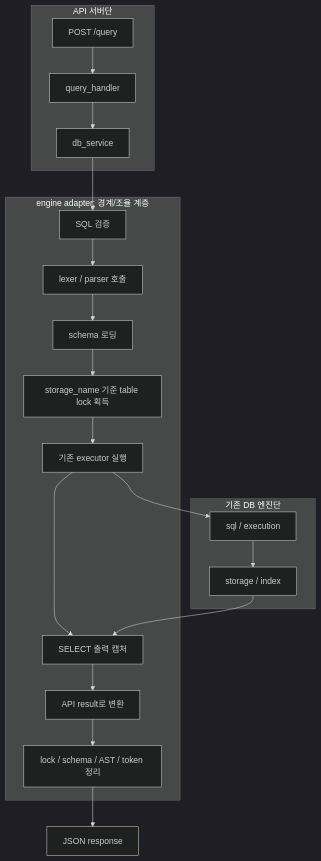
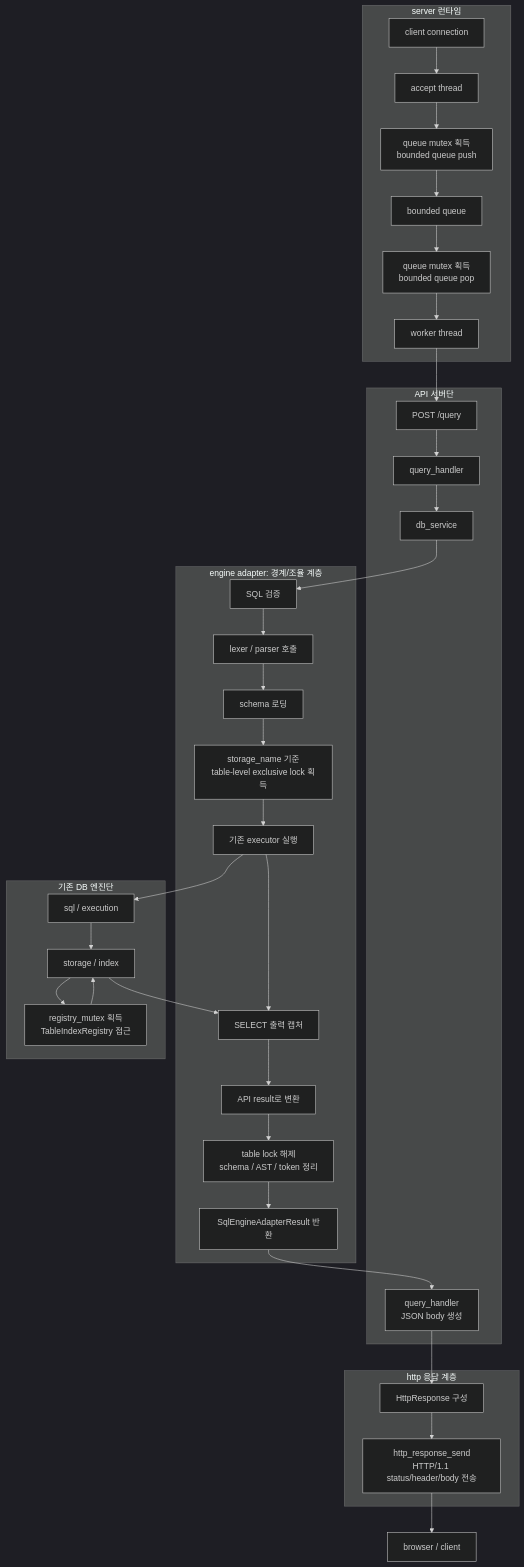
Before and after one commit to Jungle-12-303/week8-team5-db-api: the diagram in README.md, drawn with Mermaid (dark theme). The commit also changed other lines of this file, not shown here.

Commit message:
docs: clarify synchronization and response flow

````diff
--- a/README.md
+++ b/README.md
@@ -72,28 +72,50 @@
 ```mermaid
 flowchart TD
+    subgraph Server["server 런타임"]
+        C["client connection"] --> AC["accept thread"]
+        AC --> QP["queue mutex 획득<br/>bounded queue push"]
+        QP --> BQ["bounded queue"]
+        BQ --> QO["queue mutex 획득<br/>bounded queue pop"]
+        QO --> W["worker thread"]
+    end
+
     subgraph API["API 서버단"]
-        Q["POST /query"] --> H["query_handler"]
+        W --> Q["POST /query"]
+        Q --> H["query_handler"]
         H --> S["db_service"]
+        S2["query_handler<br/>JSON body 생성"]
     end
 
     subgraph Adapter["engine adapter: 경계/조율 계층"]
         A1["SQL 검증"] --> A2["lexer / parser 호출"]
         A2 --> A3["schema 로딩"]
-        A3 --> A4["storage_name 기준 table lock 획득"]
+        A3 --> A4["storage_name 기준<br/>table-level exclusive lock 획득"]
         A4 --> A5["기존 executor 실행"]
         A5 --> A6["SELECT 출력 캡처"]
         A6 --> A7["API result로 변환"]
-        A7 --> A8["lock / schema / AST / token 정리"]
+        A7 --> A8["table lock 해제<br/>schema / AST / token 정리"]
+        A8 --> A9["SqlEngineAdapterResult 반환"]
     end
 
     subgraph DB["기존 DB 엔진단"]
         D1["sql / execution"]
         D2["storage / index"]
+        D3["registry_mutex 획득<br/>TableIndexRegistry 접근"]
         D1 --> D2
+        D2 --> D3
+        D3 --> D2
+    end
+
+    subgraph HTTP["http 응답 계층"]
+        HR["HttpResponse 구성"]
+        HS["http_response_send<br/>HTTP/1.1 status/header/body 전송"]
     end
 
     S --> A1
     A5 --> D1
     D2 --> A6
-    A8 --> R["JSON response"]
+    A9 --> S2
+    S2 --> HR
+    HR --> HS
+    HS --> R["browser / client"]
 ```
````
